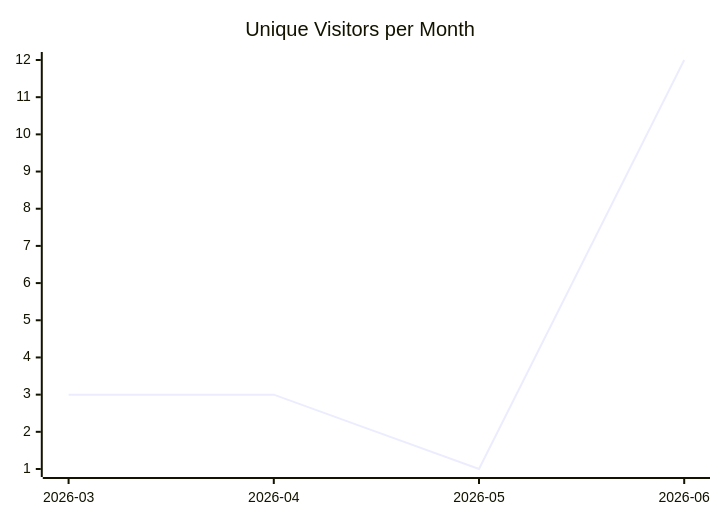
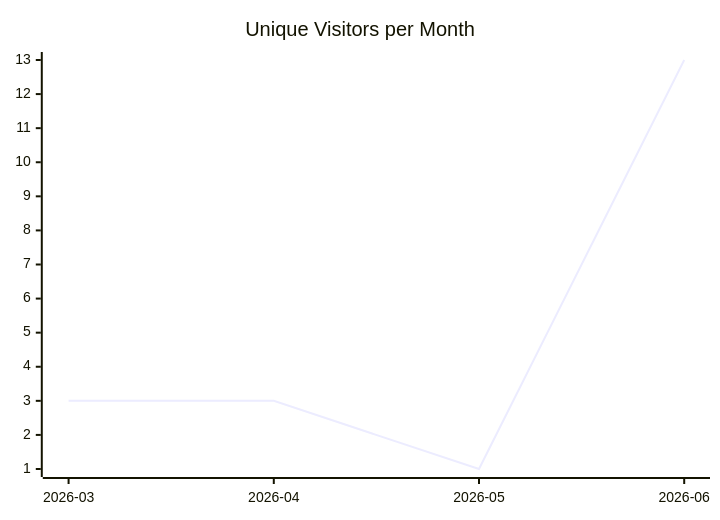
One commit to justdavis-family/github-analytics-data changed the first of 3 diagrams in karlmdavis/rps-tourney/README.md. Above: the diagram before and after it, drawn with Mermaid. The commit also changed other lines of this file and 200 other files, not shown here.

````diff
--- a/karlmdavis/rps-tourney/README.md
+++ b/karlmdavis/rps-tourney/README.md
@@ -5,6 +5,6 @@
 ```mermaid
 xychart-beta
   title "Unique Visitors per Month"
   x-axis ["2026-03", "2026-04", "2026-05", "2026-06"]
-  line [3, 3, 1, 12]
+  line [3, 3, 1, 13]
 ```
````
